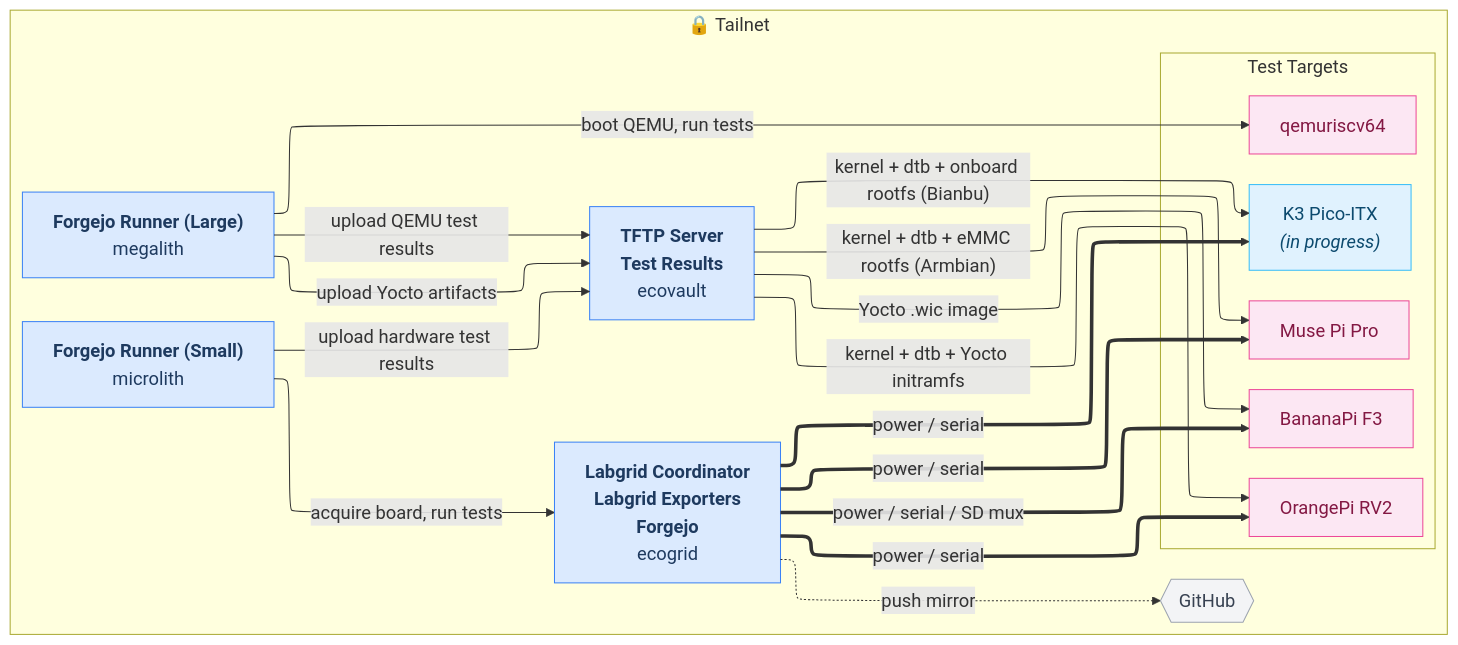
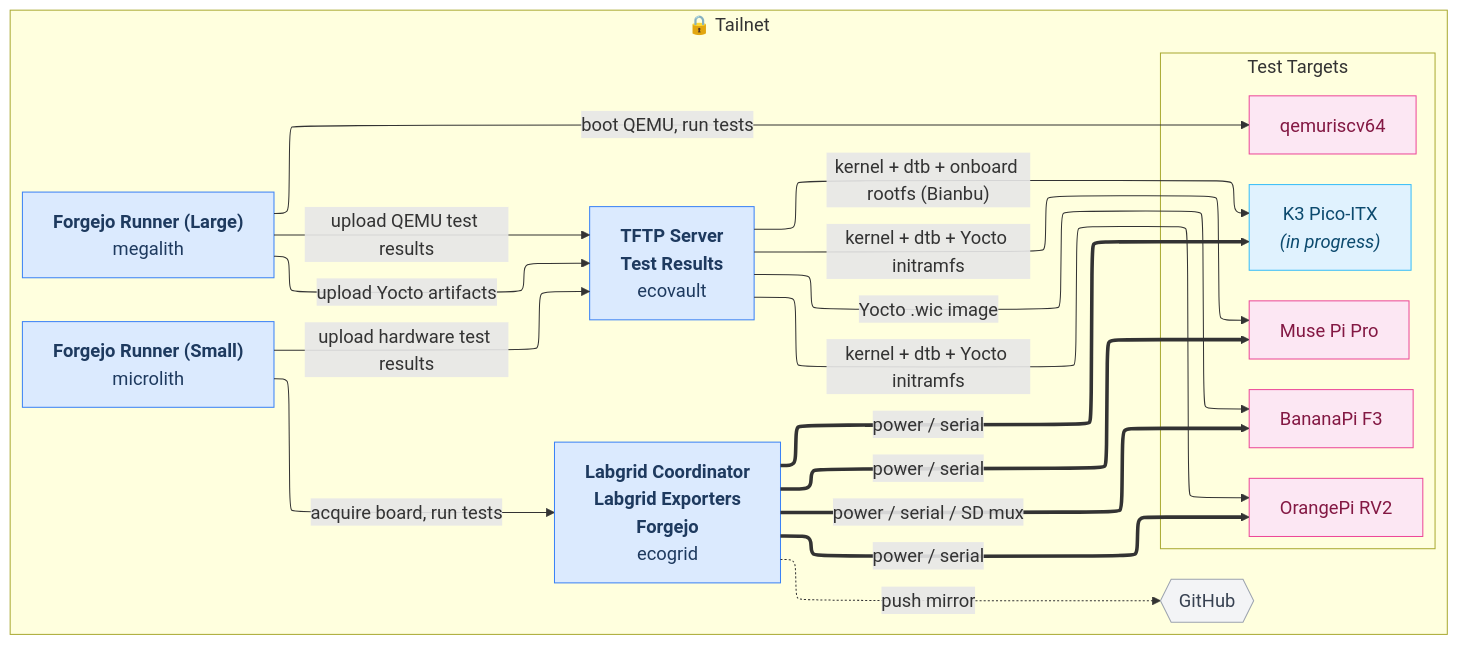
The diagram in docs/network.mmd (threexc/boardgarden), drawn with Mermaid before and after one commit. The commit also changed 2 other files, not shown here.

Commit message:
docs: network: update with muse-pi-pro initramfs info

```diff
--- a/docs/network.mmd
+++ b/docs/network.mmd
@@ -1,45 +1,45 @@
 %%{init: {"theme": "default", "flowchart": {"htmlLabels": true, "nodeSpacing": 30, "rankSpacing": 60, "defaultRenderer": "elk"}, "themeVariables": {"fontSize": "18px", "fontFamily": "Liberation Sans"}} }%%
 flowchart LR
   subgraph tailnet["🔒 Tailnet"]
     ecogrid["<b>Labgrid Coordinator</b><br/><b>Labgrid Exporters</b><br/><b>Forgejo</b><br/>ecogrid"]
     ecovault["<b>TFTP Server</b><br/><b>Test Results</b><br/>ecovault"]
     runner1["<b>Forgejo Runner (Large)</b><br/>megalith"]
     runner2["<b>Forgejo Runner (Small)</b><br/>microlith"]
     github{{"GitHub"}}
     subgraph boards["Test Targets"]
       direction TB
       board_1["BananaPi F3"]
       board_2["Muse Pi Pro"]
       board_3["OrangePi RV2"]
       board_4["qemuriscv64"]
       board_5["K3 Pico-ITX<br/><i>(in progress)</i>"]
     end
   end
 
   %% ── Hosted-on relationships ──
 
   %% ── Links ──
   ecogrid ==>|"power / serial / SD mux"| board_1
   ecogrid ==>|"power / serial"| board_2
   ecogrid ==>|"power / serial"| board_3
   ecogrid ==>|"power / serial"| board_5
   ecogrid -..->|"push mirror"| github
   runner1 -->|"upload Yocto artifacts"| ecovault
   runner1 -->|"upload QEMU test results"| ecovault
   runner1 -->|"boot QEMU, run tests"| board_4
   runner2 -->|"acquire board, run tests"| ecogrid
   runner2 -->|"upload hardware test results"| ecovault
   ecovault -->|"Yocto .wic image"| board_1
-  ecovault -->|"kernel + dtb + eMMC rootfs (Armbian)"| board_2
+  ecovault -->|"kernel + dtb + Yocto initramfs"| board_2
   ecovault -->|"kernel + dtb + Yocto initramfs"| board_3
   ecovault -->|"kernel + dtb + onboard rootfs (Bianbu)"| board_5
 
   %% ── Styles ──
   classDef machine fill:#dbeafe,stroke:#3b82f6,color:#1e3a5f
   class ecogrid,ecovault,runner1,runner2 machine
   classDef external fill:#f3f4f6,stroke:#9ca3af,color:#374151
   class github external
   classDef board fill:#fce7f3,stroke:#ec4899,color:#831843
   class board_1,board_2,board_3,board_4 board
   classDef board_in_progress fill:#e0f2fe,stroke:#38bdf8,color:#0c4a6e
   class board_5 board_in_progress
```
